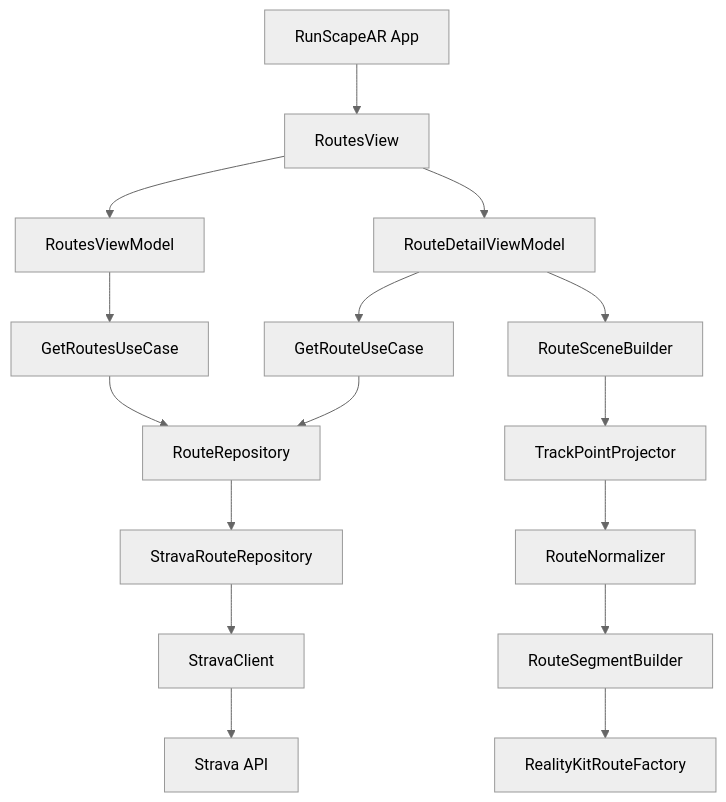
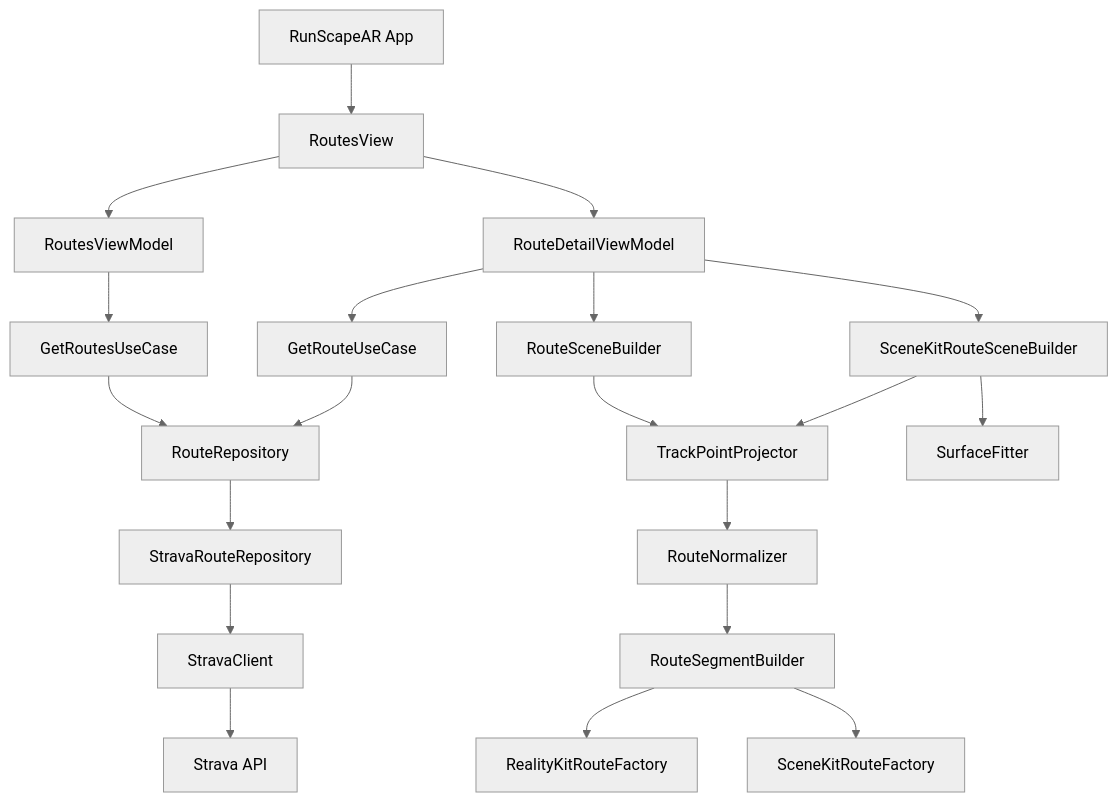
The first of 2 diagrams in README.md (aydgnme/RunScapeAR), drawn with Mermaid (neutral theme) before and after one commit. The commit also changed other lines of this file and 11 other files, not shown here.

First line of the commit message:
feat(ar): implement stable SceneKit tabletop AR experience

````diff
--- a/README.md
+++ b/README.md
@@ -68,41 +71,48 @@
 ```mermaid
 flowchart TD
     App[RunScapeAR App]
 
     RoutesView[RoutesView]
     RoutesVM[RoutesViewModel]
     DetailVM[RouteDetailViewModel]
 
     GetRoutes[GetRoutesUseCase]
     GetRoute[GetRouteUseCase]
 
     Repository[RouteRepository]
     StravaRepo[StravaRouteRepository]
     StravaClient[StravaClient]
     StravaAPI[Strava API]
 
     SceneBuilder[RouteSceneBuilder]
+    SCNBuilder[SceneKitRouteSceneBuilder]
     Projector[TrackPointProjector]
     Normalizer[RouteNormalizer]
     Segments[RouteSegmentBuilder]
     RealityKit[RealityKitRouteFactory]
+    SceneKit[SceneKitRouteFactory]
+    Fitter[SurfaceFitter]
 
     App --> RoutesView
     RoutesView --> RoutesVM
     RoutesView --> DetailVM
 
     RoutesVM --> GetRoutes
     DetailVM --> GetRoute
 
     GetRoutes --> Repository
     GetRoute --> Repository
     Repository --> StravaRepo
     StravaRepo --> StravaClient
     StravaClient --> StravaAPI
 
     DetailVM --> SceneBuilder
+    DetailVM --> SCNBuilder
     SceneBuilder --> Projector
+    SCNBuilder --> Projector
     Projector --> Normalizer
     Normalizer --> Segments
     Segments --> RealityKit
+    Segments --> SceneKit
+    SCNBuilder --> Fitter
 ```
````
